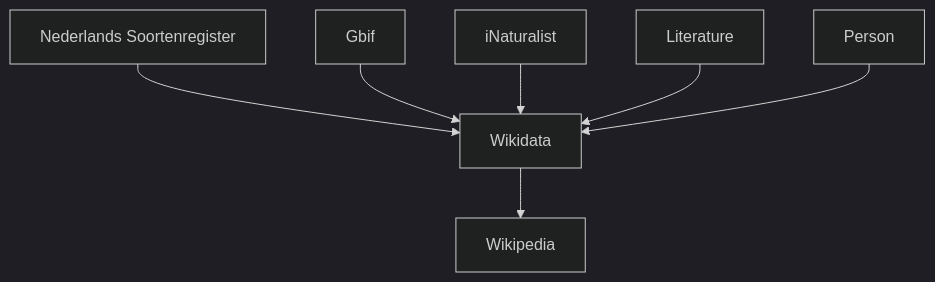
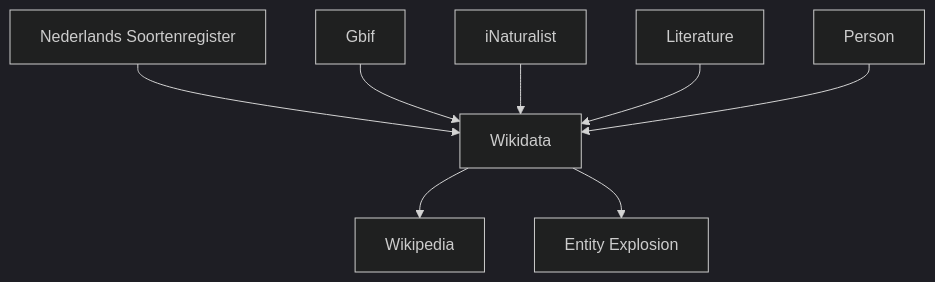
The diagram in README.md (andrawaag/arise_hack2022), drawn with Mermaid (dark theme) before and after one commit.

````diff
--- a/README.md
+++ b/README.md
@@ -3,9 +3,10 @@
 ```mermaid
   graph TD;
       NS[Nederlands Soortenregister]-->WD[Wikidata];
       WD-->WP[Wikipedia];
       G[Gbif]-->WD;
       I[iNaturalist]-->WD;
       DOI[Literature]-->WD;
       ORCID[Person]-->WD;
+      WD-->EE[Entity Explosion]
 ```
````
